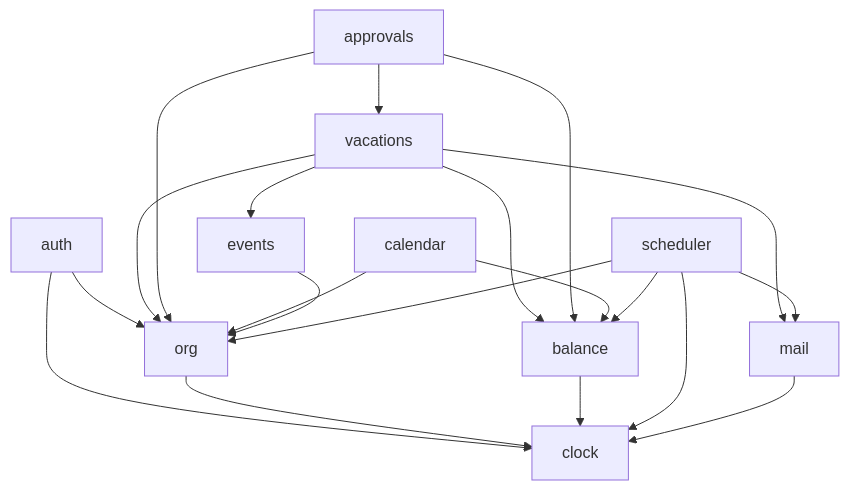
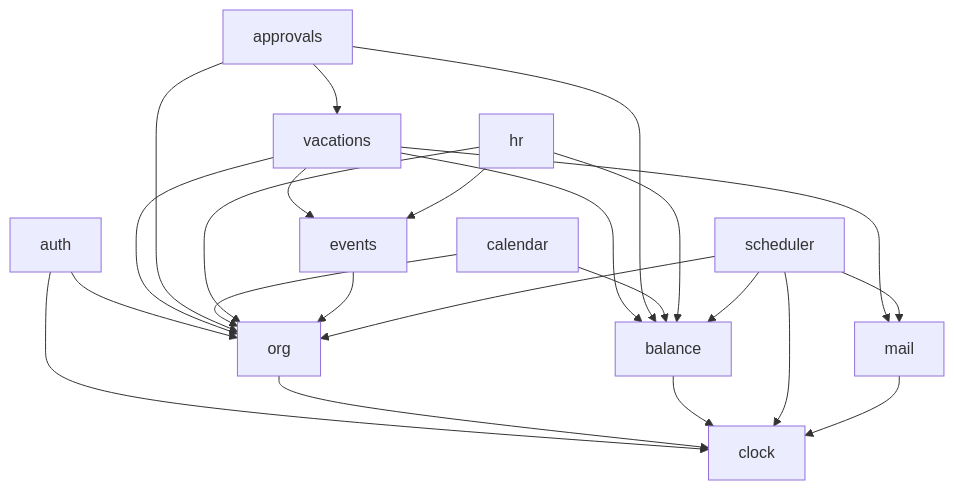
Before and after one commit to mirlanbeck/leave-management-system: the third of 3 diagrams in architecture.md, drawn with Mermaid. The commit also changed other lines of this file and 1 other file, not shown here.

````diff
--- a/architecture.md
+++ b/architecture.md
@@ -251,22 +251,25 @@
 ```mermaid
 flowchart TD
   auth --> org
   auth --> clock
   org --> clock
   balance --> clock
   vacations --> balance
   vacations --> org
   vacations --> mail
   vacations --> events
   approvals --> vacations
   approvals --> balance
   approvals --> org
   calendar --> org
   calendar --> balance
+  hr --> org
+  hr --> balance
+  hr --> events
   events --> org
   scheduler --> mail
   scheduler --> balance
   scheduler --> org
   scheduler --> clock
   mail --> clock
 ```
````
